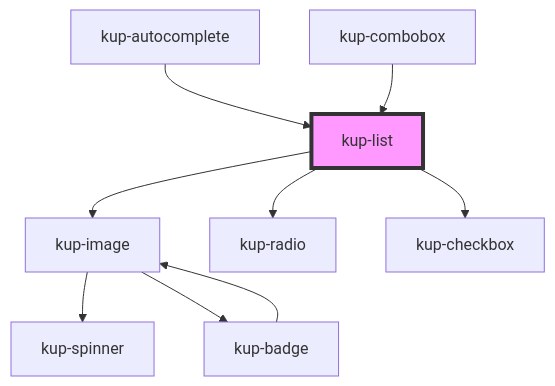
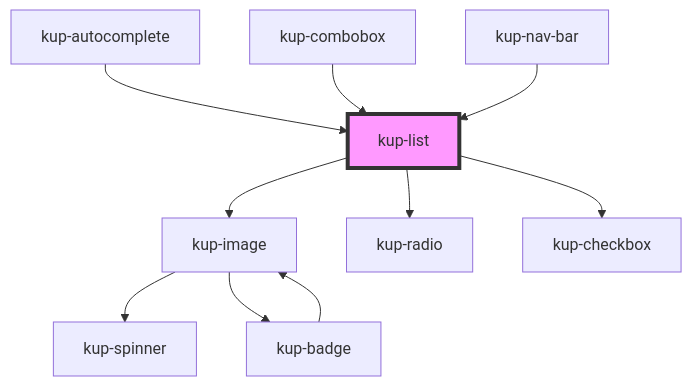
Before and after one commit to smeup/ketchup: the diagram in packages/ketchup/src/components/kup-list/readme.md, drawn with Mermaid. The commit also changed other lines of this file and 15 other files, not shown here.

Commit message:
first commit: develop kup-nav-bar component

````diff
--- a/packages/ketchup/src/components/kup-list/readme.md
+++ b/packages/ketchup/src/components/kup-list/readme.md
@@ -63,12 +64,13 @@
 ```mermaid
 graph TD;
   kup-list --> kup-image
   kup-list --> kup-radio
   kup-list --> kup-checkbox
   kup-image --> kup-spinner
   kup-image --> kup-badge
   kup-badge --> kup-image
   kup-autocomplete --> kup-list
   kup-combobox --> kup-list
+  kup-nav-bar --> kup-list
   style kup-list fill:#f9f,stroke:#333,stroke-width:4px
 ```
````
